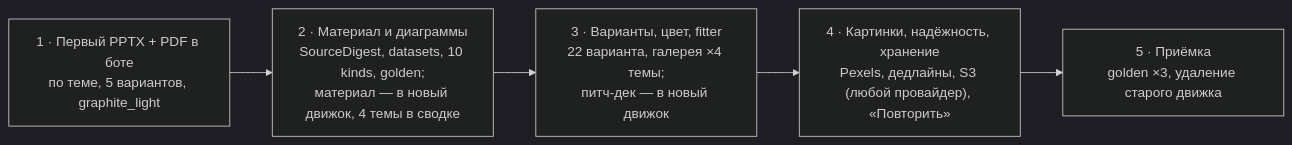
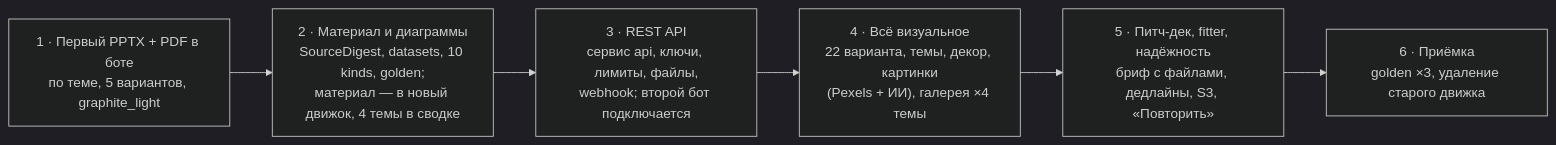
One commit to Alikashp/fibomy2.0.0 changed the diagram in docs/design/09_PLAN.md. Above: the diagram before and after it, drawn with Mermaid (dark theme). The commit also changed other lines of this file and 16 other files, not shown here.

````diff
--- a/docs/design/09_PLAN.md
+++ b/docs/design/09_PLAN.md
@@ -7,7 +9,8 @@
 ```mermaid
 flowchart LR
     S1["1 · Первый PPTX + PDF в боте<br/>по теме, 5 вариантов, graphite_light"] --> S2["2 · Материал и диаграммы<br/>SourceDigest, datasets, 10 kinds, golden;<br/>материал — в новый движок, 4 темы в сводке"]
-    S2 --> S3["3 · Варианты, цвет, fitter<br/>22 варианта, галерея ×4 темы;<br/>питч-дек — в новый движок"]
-    S3 --> S4["4 · Картинки, надёжность, хранение<br/>Pexels, дедлайны, S3 (любой провайдер), «Повторить»"]
-    S4 --> S5["5 · Приёмка<br/>golden ×3, удаление старого движка"]
+    S2 --> S3["3 · REST API<br/>сервис api, ключи, лимиты, файлы,<br/>webhook; второй бот подключается"]
+    S3 --> S4["4 · Всё визуальное<br/>22 варианта, темы, декор, картинки<br/>(Pexels + ИИ), галерея ×4 темы"]
+    S4 --> S5["5 · Питч-дек, fitter, надёжность<br/>бриф с файлами, дедлайны, S3, «Повторить»"]
+    S5 --> S6["6 · Приёмка<br/>golden ×3, удаление старого движка"]
 ```
````
